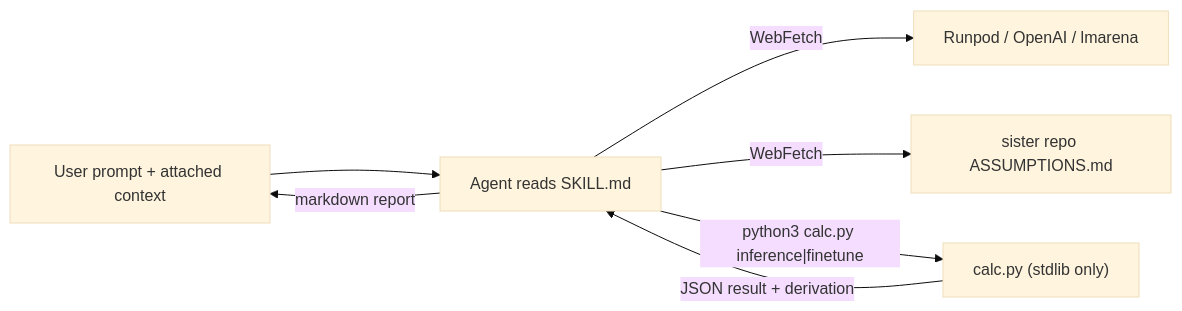
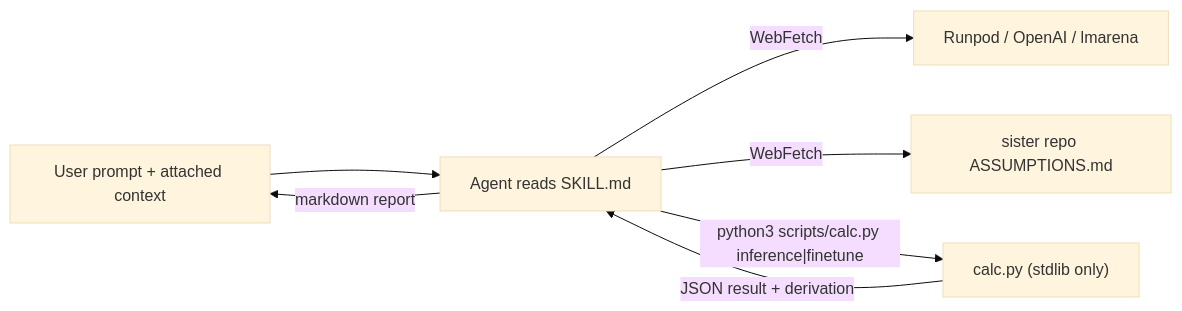
The diagram in README.md (artvandelay/api-vs-selfhost-skill), drawn with Mermaid (base theme) before and after one commit. The commit also changed other lines of this file and 4 other files, not shown here.

Commit message:
PR1.0: move calc.py to scripts/calc.py

````diff
--- a/README.md
+++ b/README.md
@@ -47,9 +47,9 @@
 ```mermaid
 flowchart LR
   User["User prompt + attached context"] --> Agent
   Agent["Agent reads SKILL.md"] -->|"WebFetch"| Web["Runpod / OpenAI / lmarena"]
   Agent -->|"WebFetch"| AssumeRepo["sister repo ASSUMPTIONS.md"]
-  Agent -->|"python3 calc.py inference|finetune"| Calc["calc.py (stdlib only)"]
+  Agent -->|"python3 scripts/calc.py inference|finetune"| Calc["calc.py (stdlib only)"]
   Calc -->|"JSON result + derivation"| Agent
   Agent -->|"markdown report"| User
 ```
````
